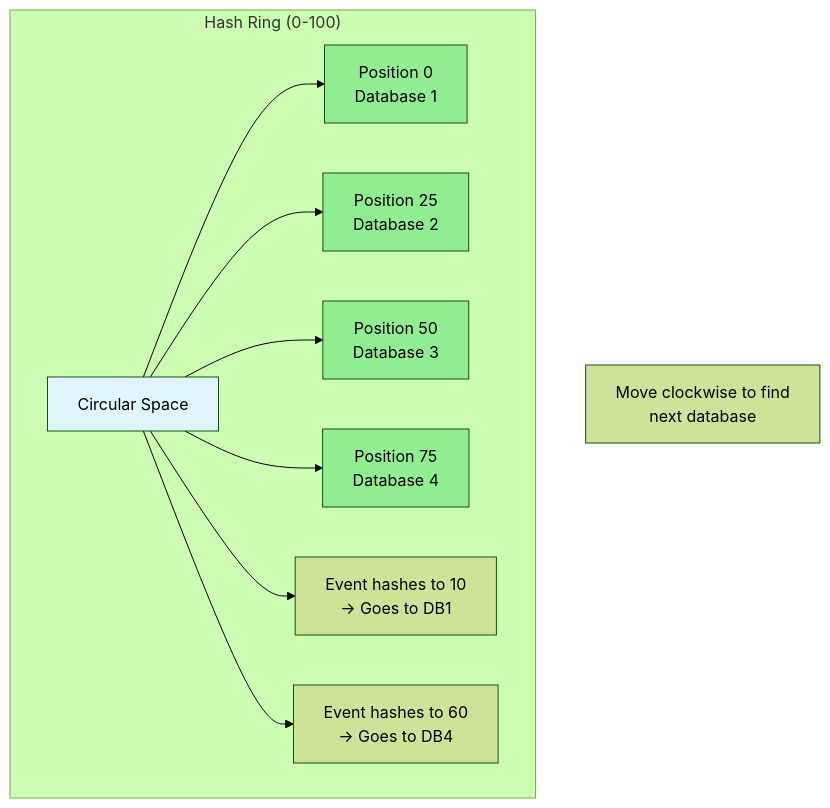
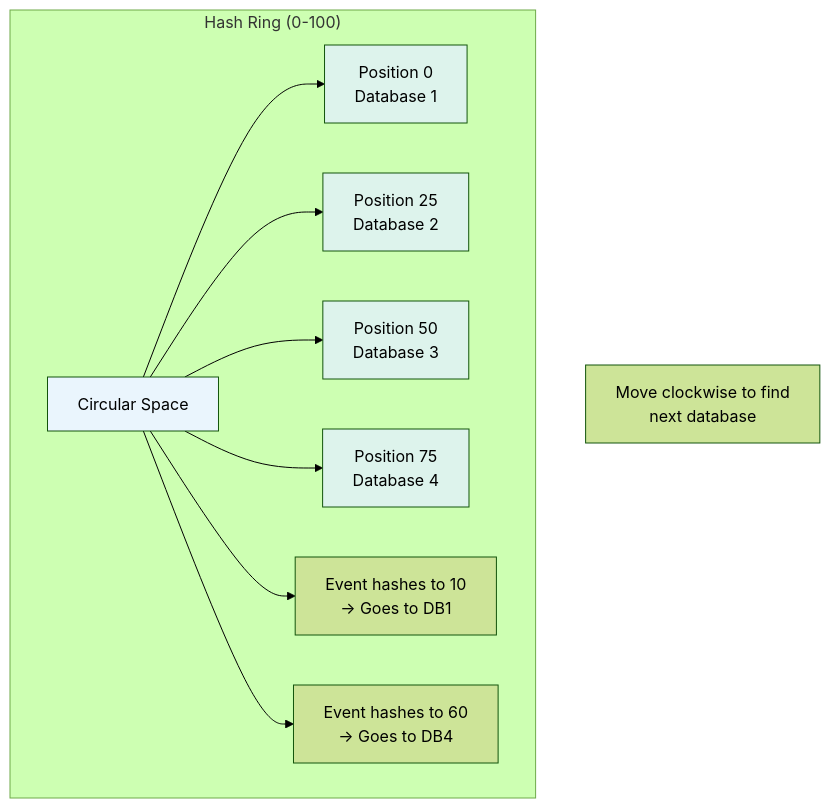
One commit to cartmancodes/InterviewVault changed diagram 11 of 34 in LLD/CoreConcepts/ConsistentHashing.md. Above: the diagram before and after it, drawn with Mermaid (forest theme). The commit also changed other lines of this file and 679 other files, not shown here.

Commit message:
Unify content diagrams and add accessible visual walkthroughs

````diff
--- a/LLD/CoreConcepts/ConsistentHashing.md
+++ b/LLD/CoreConcepts/ConsistentHashing.md
@@ -275,22 +275,22 @@
 ```mermaid
 graph TB
     subgraph "Hash Ring (0-100)"
         RING[Circular Space]
         
         RING --> P0[Position 0<br/>Database 1]
         RING --> P25[Position 25<br/>Database 2]
         RING --> P50[Position 50<br/>Database 3]
         RING --> P75[Position 75<br/>Database 4]
         
         RING --> E1[Event hashes to 10<br/>→ Goes to DB1]
         RING --> E2[Event hashes to 60<br/>→ Goes to DB4]
     end
     
     NOTE[Move clockwise to find<br/>next database]
     
-    style RING fill:#e1f5ff
-    style P0 fill:#90EE90
-    style P25 fill:#90EE90
-    style P50 fill:#90EE90
-    style P75 fill:#90EE90
+    style RING fill:#EAF5FD
+    style P0 fill:#DDF3EC
+    style P25 fill:#DDF3EC
+    style P50 fill:#DDF3EC
+    style P75 fill:#DDF3EC
 ```
````
